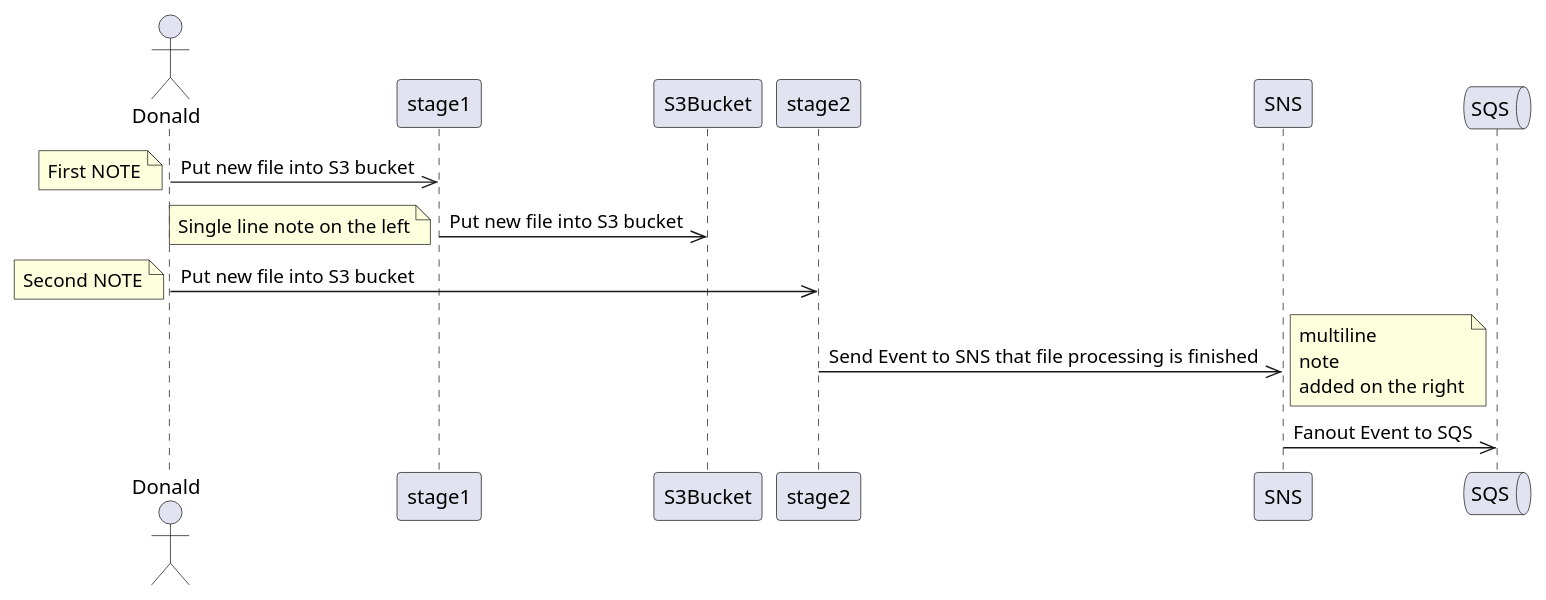
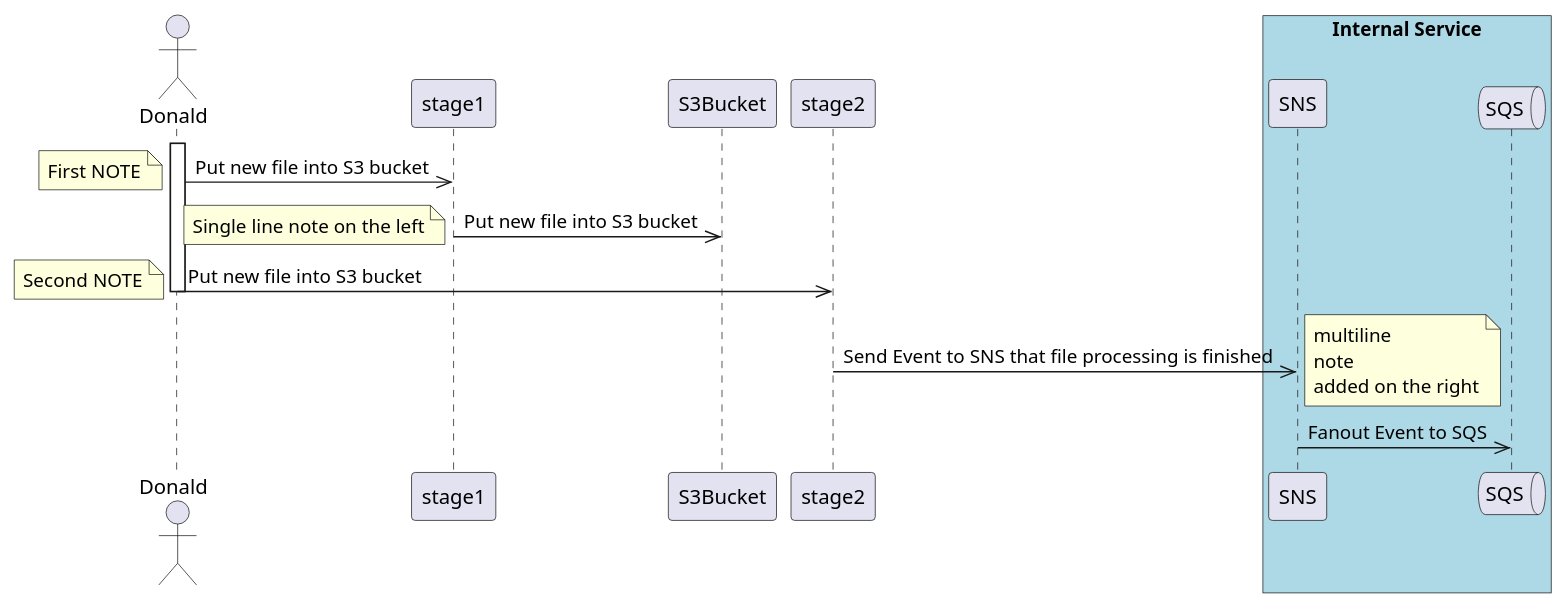
The diagram in samples/samples/same_entity_diff_elements.plantuml (tsypuk/multicloud-diagrams), drawn with PlantUML before and after one commit.

Commit message:
chore: updated plantuml with box and activation elements

```diff
--- a/samples/samples/same_entity_diff_elements.plantuml
+++ b/samples/samples/same_entity_diff_elements.plantuml
@@ -1,22 +1,26 @@
 @startuml
 actor Donald
     participant stage1
     participant S3Bucket
     participant stage2
+    box "Internal Service" #LightBlue
     participant SNS
     queue SQS
+    end box
 
+    activate Donald
     Donald->>stage1: Put new file into S3 bucket
     note left: First NOTE
     stage1->>S3Bucket: Put new file into S3 bucket
     note left: Single line note on the left
     Donald->>stage2: Put new file into S3 bucket
+    deactivate Donald
     note left: Second NOTE
     stage2->>SNS: Send Event to SNS that file processing is finished
     note right
     multiline
     note
     added on the right
     end note
     SNS->>SQS: Fanout Event to SQS
 @enduml
```
